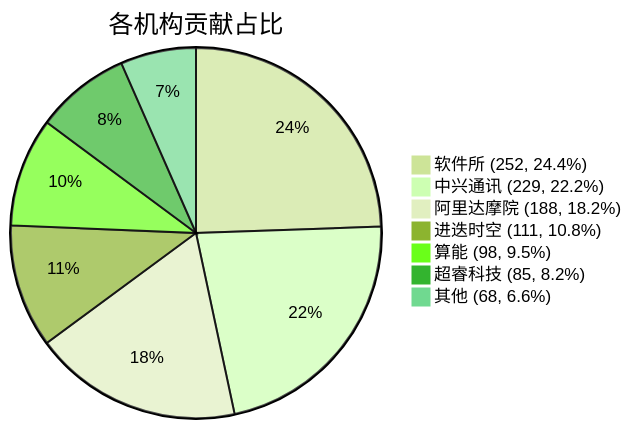
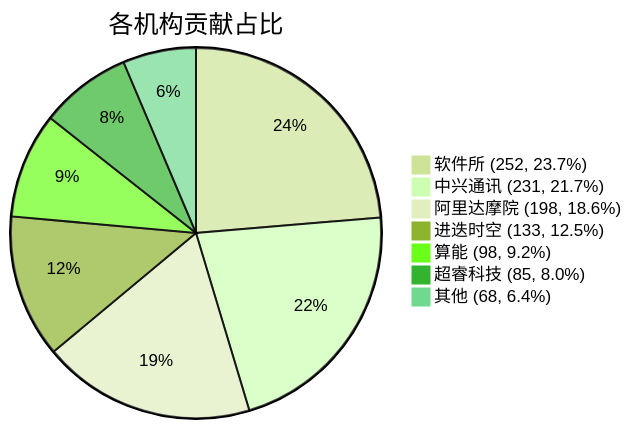
The diagram in docs/index.md (RVCK-Project/rvck), drawn with Mermaid (forest theme) before and after one commit. The commit also changed other lines of this file and 8 other files, not shown here.

````diff
--- a/docs/index.md
+++ b/docs/index.md
@@ -31,10 +31,10 @@
 ```mermaid
 pie title 各机构贡献占比
-    "软件所 (252, 24.4%)" : 252
-    "中兴通讯 (229, 22.2%)" : 229
-    "阿里达摩院 (188, 18.2%)" : 188
-    "进迭时空 (111, 10.8%)" : 111
-    "算能 (98, 9.5%)" : 98
-    "超睿科技 (85, 8.2%)" : 85
-    "其他 (68, 6.6%)" : 68
+    "软件所 (252, 23.7%)" : 252
+    "中兴通讯 (231, 21.7%)" : 231
+    "阿里达摩院 (198, 18.6%)" : 198
+    "进迭时空 (133, 12.5%)" : 133
+    "算能 (98, 9.2%)" : 98
+    "超睿科技 (85, 8.0%)" : 85
+    "其他 (68, 6.4%)" : 68
 ```
````
